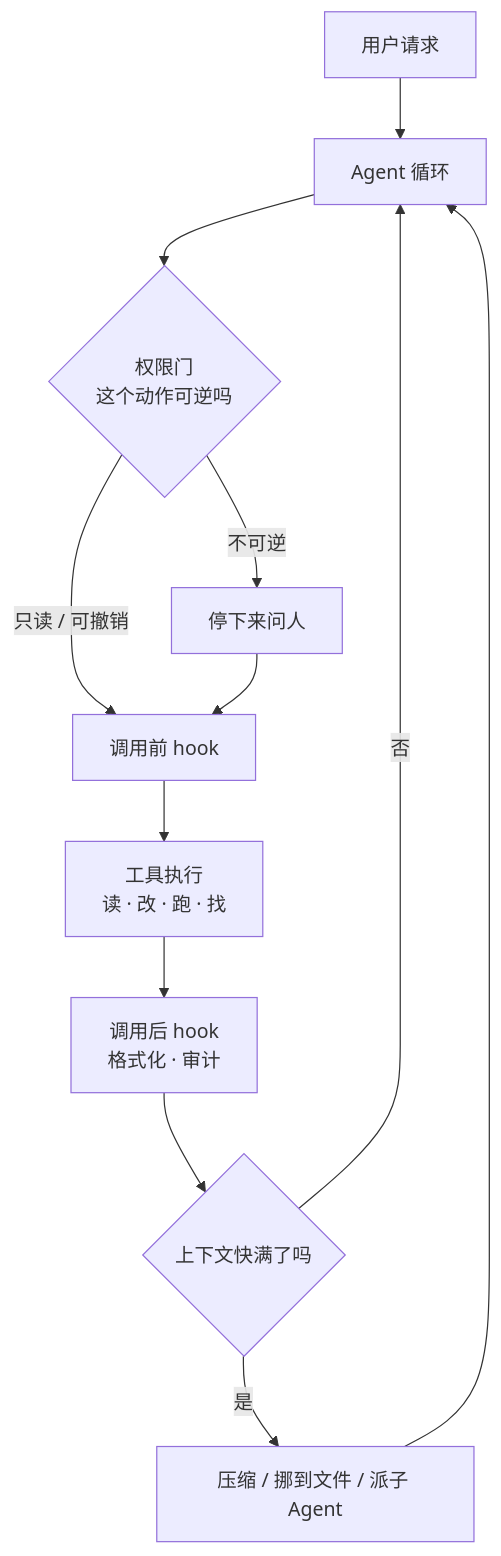
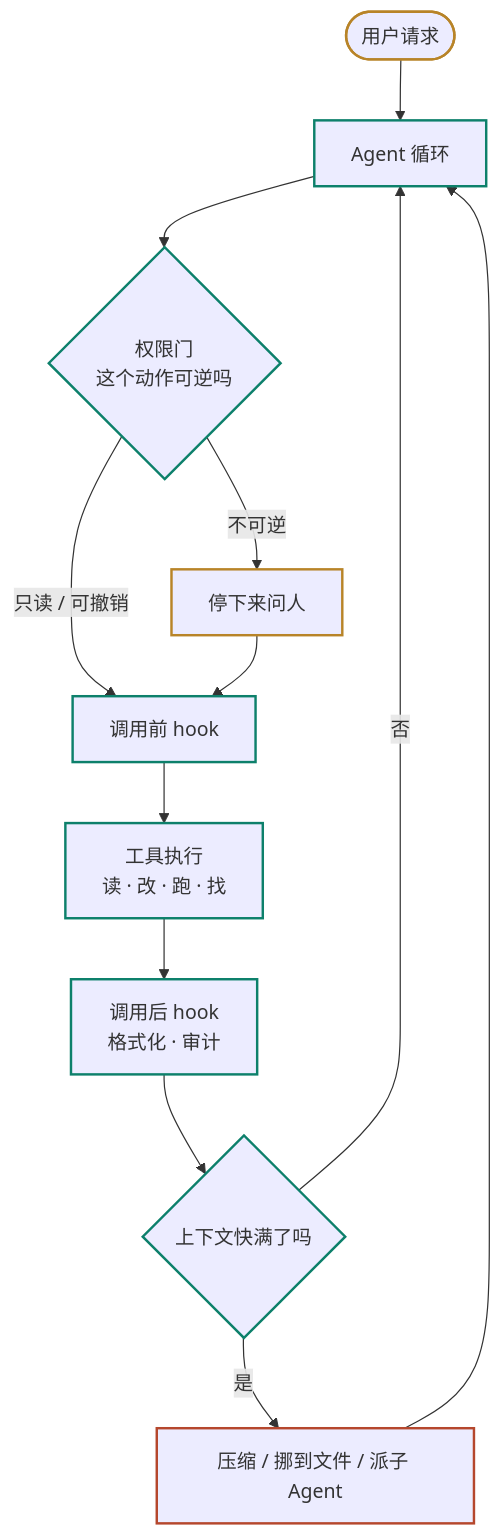
The diagram in lessons/agent-harness/README.md (lance2016/ai-app-engineering), drawn with Mermaid before and after one commit. The commit also changed 21 other files, not shown here.

````diff
--- a/lessons/agent-harness/README.md
+++ b/lessons/agent-harness/README.md
@@ -32,16 +32,20 @@
 ```mermaid
 flowchart TB
-    U[用户请求] --> L[Agent 循环]
+    classDef runtime stroke:#0d806b,stroke-width:2px
+    classDef human stroke:#b88428,stroke-width:2px
+    classDef risk stroke:#b5472d,stroke-width:2px
+    U([用户请求]) --> L[Agent 循环]
     L --> P{权限门<br/>这个动作可逆吗}
     P -- 只读 / 可撤销 --> H1[调用前 hook]
     P -- 不可逆 --> A[停下来问人]
     A --> H1
     H1 --> T[工具执行<br/>读 · 改 · 跑 · 找]
     T --> H2[调用后 hook<br/>格式化 · 审计]
     H2 --> C{上下文快满了吗}
     C -- 是 --> K[压缩 / 挪到文件 / 派子 Agent]
     C -- 否 --> L
     K --> L
-    class P,H1,H2 path
+    class U,A human
+    class L,P,H1,T,H2,C runtime
     class K risk
 ```
````
